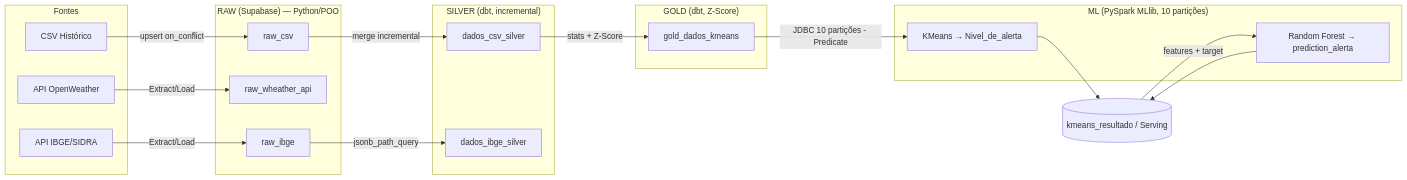
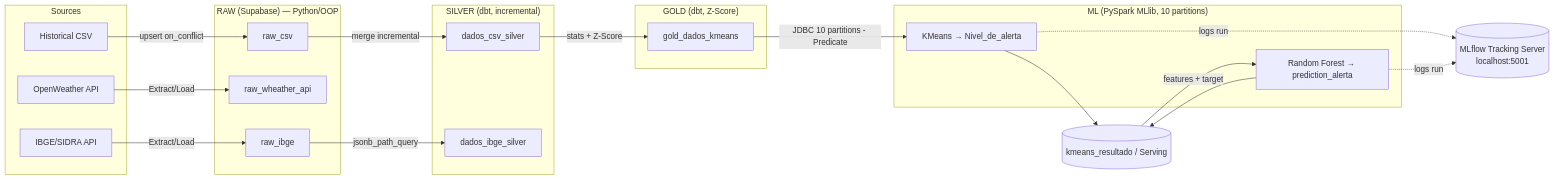
One commit to levi549/meteorologia changed the second of 4 diagrams in README.md. Above: the diagram before and after it, drawn with Mermaid. The commit also changed other lines of this file, not shown here.

````diff
--- a/README.md
+++ b/README.md
@@ -289,44 +298,47 @@
 ```mermaid
 flowchart LR
-    subgraph Fontes
-        A1[CSV Histórico]
-        A2[API OpenWeather]
-        A3[API IBGE/SIDRA]
+    subgraph Sources
+        A1[Historical CSV]
+        A2[OpenWeather API]
+        A3[IBGE/SIDRA API]
     end
  
-    subgraph RAW["RAW (Supabase) — Python/POO"]
+    subgraph RAW["RAW (Supabase) — Python/OOP"]
         B1[raw_csv]
         B2[raw_wheather_api]
         B3[raw_ibge]
     end
  
     subgraph SILVER["SILVER (dbt, incremental)"]
         C1[dados_csv_silver]
         C2[dados_ibge_silver]
     end
  
     subgraph GOLD["GOLD (dbt, Z-Score)"]
         D1[gold_dados_kmeans]
     end
  
-    subgraph ML["ML (PySpark MLlib, 10 partições)"]
+    subgraph ML["ML (PySpark MLlib, 10 partitions)"]
         E1[KMeans → Nivel_de_alerta]
         E2[Random Forest → prediction_alerta]
     end
  
     F[(kmeans_resultado / Serving)]
+    MF[("MLflow Tracking Server<br/>localhost:5001")]
  
     A1 -->|upsert on_conflict| B1
     A2 -->|Extract/Load| B2
     A3 -->|Extract/Load| B3
  
     B1 -->|merge incremental| C1
     B3 -->|jsonb_path_query| C2
  
     C1 -->|stats + Z-Score| D1
  
-    D1 -->|JDBC 10 partições - Predicate| E1
+    D1 -->|JDBC 10 partitions - Predicate| E1
     E1 --> F
     F -->|features + target| E2
     E2 --> F
+    E1 -.logs run.-> MF
+    E2 -.logs run.-> MF
 ```
````
